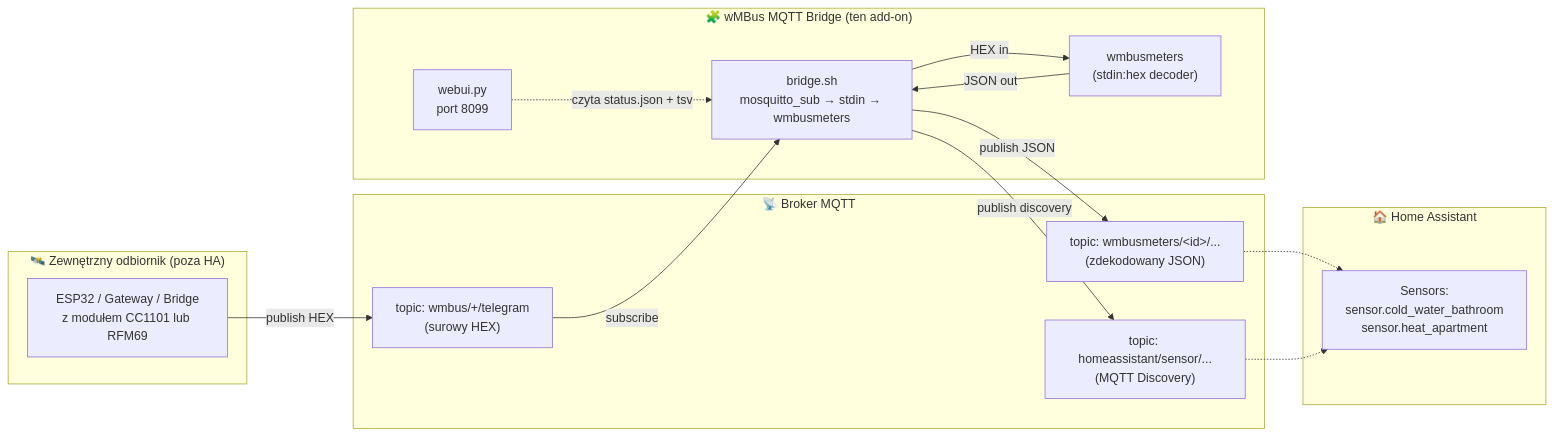
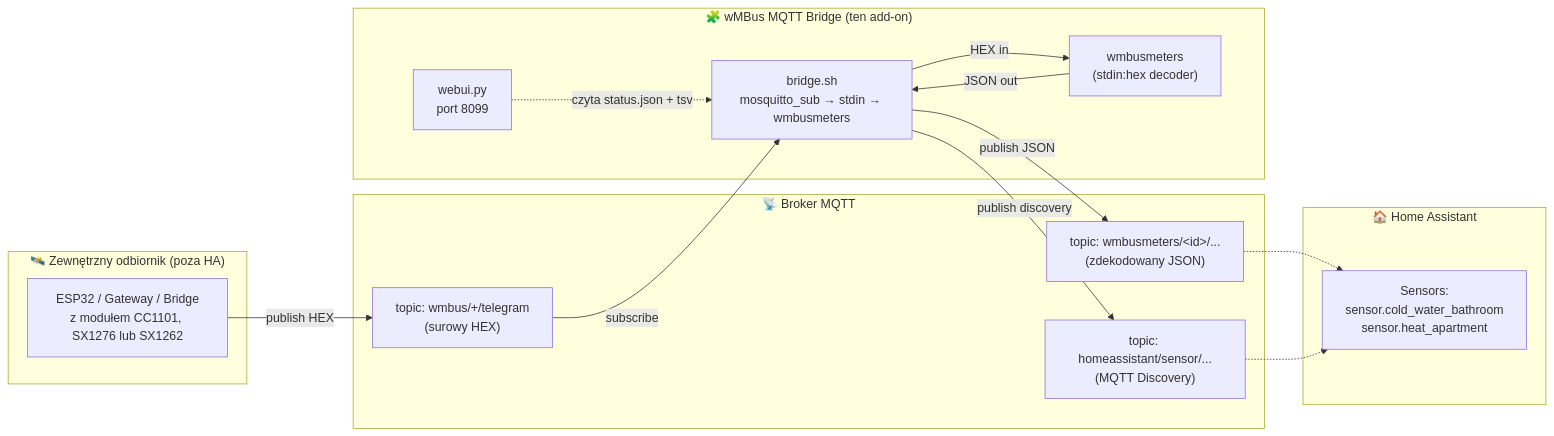
Before and after one commit to Kustonium/homeassistant-wmbus-mqtt-bridge: the first of 7 diagrams in docs/README.pl.md, drawn with Mermaid. The commit also changed other lines of this file and 10 other files, not shown here.

````diff
--- a/docs/README.pl.md
+++ b/docs/README.pl.md
@@ -50,33 +52,33 @@
 ```mermaid
 %%{init: {'theme':'default'}}%%
 flowchart LR
   subgraph EXT["🛰️ Zewnętrzny odbiornik (poza HA)"]
-    A1["ESP32 / Gateway / Bridge<br/>z modułem CC1101 lub RFM69"]
+    A1["ESP32 / Gateway / Bridge<br/>z modułem CC1101, SX1276 lub SX1262"]
   end
 
   subgraph BROKER["📡 Broker MQTT"]
     B1["topic: wmbus/+/telegram<br/>(surowy HEX)"]
     B2["topic: wmbusmeters/&lt;id&gt;/...<br/>(zdekodowany JSON)"]
     B3["topic: homeassistant/sensor/...<br/>(MQTT Discovery)"]
   end
 
   subgraph ADDON["🧩 wMBus MQTT Bridge (ten add-on)"]
     C1["bridge.sh<br/>mosquitto_sub → stdin → wmbusmeters"]
     C2["wmbusmeters<br/>(stdin:hex decoder)"]
     C3["webui.py<br/>port 8099"]
     C1 -- "HEX in" --> C2
     C2 -- "JSON out" --> C1
     C3 -. "czyta status.json + tsv" .-> C1
   end
 
   subgraph HA["🏠 Home Assistant"]
     D1["Sensors:<br/>sensor.cold_water_bathroom<br/>sensor.heat_apartment"]
   end
 
   A1 -- "publish HEX" --> B1
   B1 -- "subscribe" --> C1
   C1 -- "publish JSON" --> B2
   C1 -- "publish discovery" --> B3
   B2 -.-> D1
   B3 -.-> D1
 ```
````
